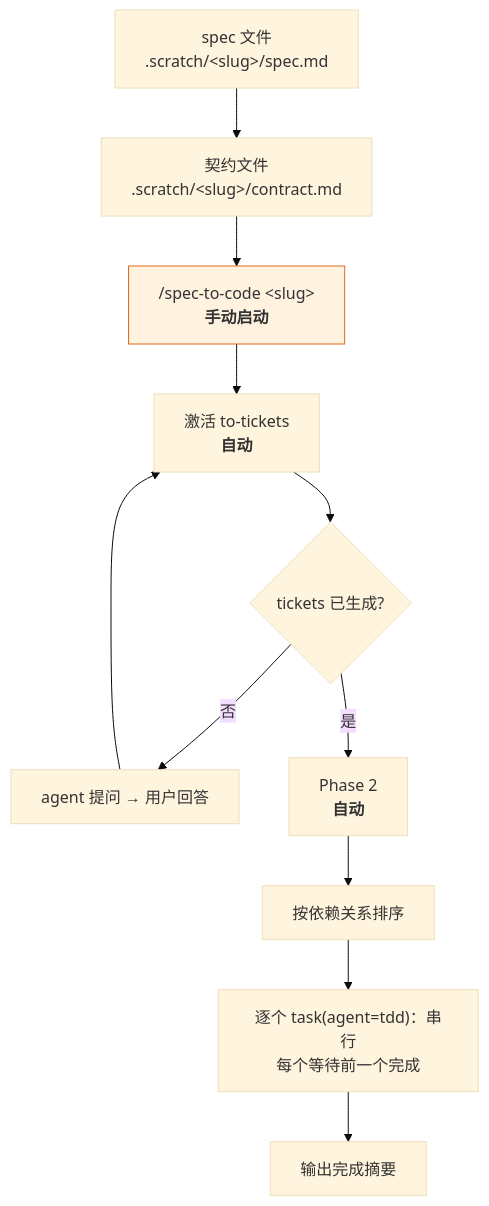
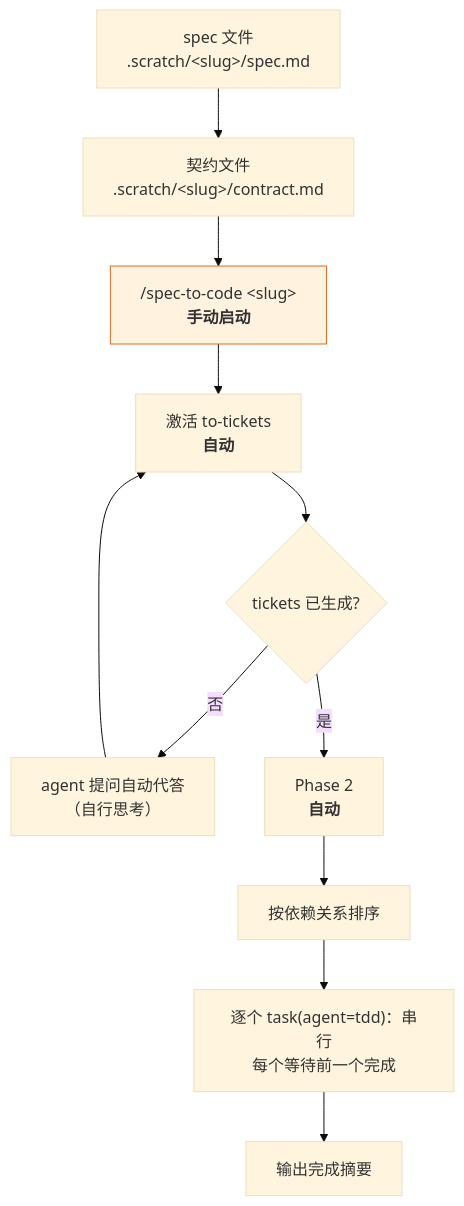
Before and after one commit to hugosol/oh-my-wayfinder: the second of 2 diagrams in README.cn.md, drawn with Mermaid (base theme). The commit also changed other lines of this file and 2 other files, not shown here.

Commit message:
enhance spec-to-code auto reply

````diff
--- a/README.cn.md
+++ b/README.cn.md
@@ -101,14 +101,14 @@
 ```mermaid
 flowchart TD
     P["spec 文件<br/>.scratch/&lt;slug&gt;/spec.md"] --> CT["契约文件<br/>.scratch/&lt;slug&gt;/contract.md"]
     CT --> C["/spec-to-code &lt;slug&gt;<br/><b>手动启动</b>"]
     C --> A["激活 to-tickets<br/><b>自动</b>"]
     A --> Q{"tickets 已生成?"}
-    Q -->|"否"| QA["agent 提问 → 用户回答"] --> A
+    Q -->|"否"| QA["agent 提问自动代答<br/>（自行思考）"] --> A
     Q -->|"是"| P2["Phase 2<br/><b>自动</b>"]
     P2 --> ORD["按依赖关系排序"]
     ORD --> TD["逐个 task(agent=tdd)：串行<br/>每个等待前一个完成"]
     TD --> DONE["输出完成摘要"]
 
     style C fill:#fff3e0,stroke:#dd6b20
 ```
````
